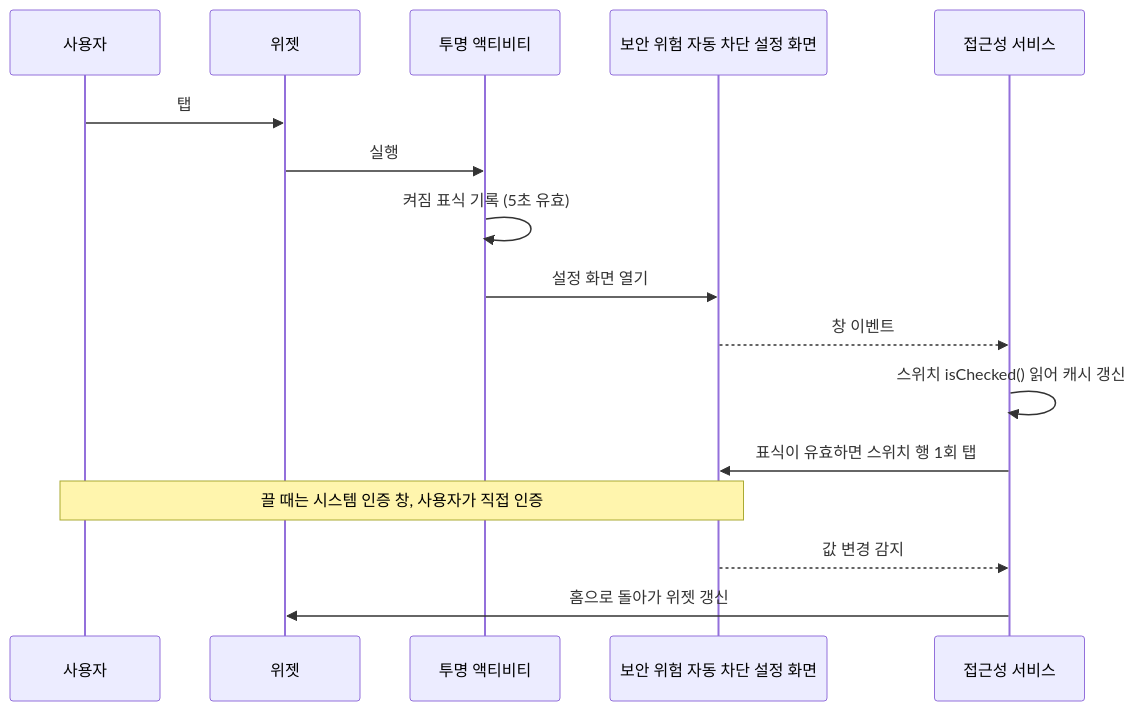
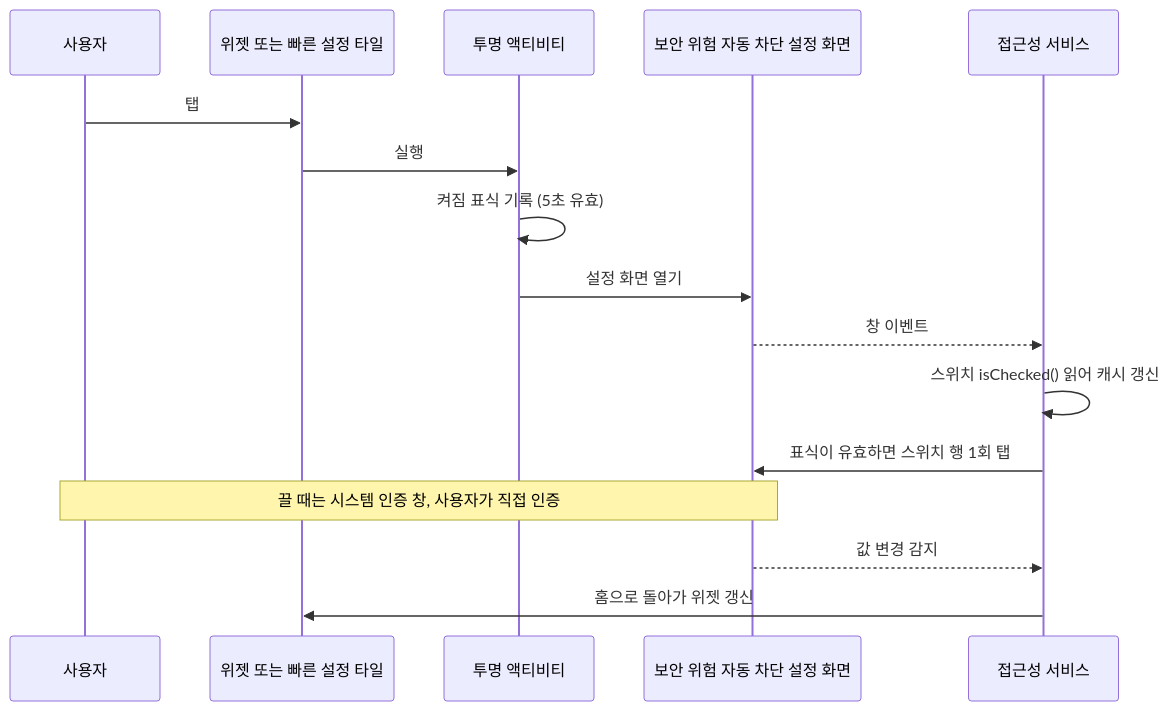
The diagram in docs/guide.ko.md (gyuminlee-repo/auto-blocker-widget), drawn with Mermaid before and after one commit. The commit also changed other lines of this file and 10 other files, not shown here.

````diff
--- a/docs/guide.ko.md
+++ b/docs/guide.ko.md
@@ -84,18 +88,18 @@
 ```mermaid
 sequenceDiagram
     participant U as 사용자
-    participant W as 위젯
+    participant W as 위젯 또는 빠른 설정 타일
     participant T as 투명 액티비티
     participant R as 보안 위험 자동 차단 설정 화면
     participant S as 접근성 서비스
     U->>W: 탭
     W->>T: 실행
     T->>T: 켜짐 표식 기록 (5초 유효)
     T->>R: 설정 화면 열기
     R-->>S: 창 이벤트
     S->>S: 스위치 isChecked() 읽어 캐시 갱신
     S->>R: 표식이 유효하면 스위치 행 1회 탭
     Note over R,U: 끌 때는 시스템 인증 창, 사용자가 직접 인증
     R-->>S: 값 변경 감지
     S->>W: 홈으로 돌아가 위젯 갱신
 ```
````
